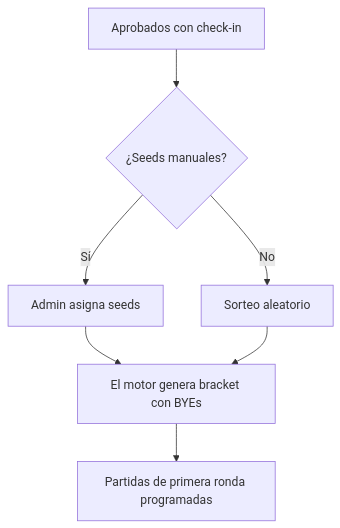
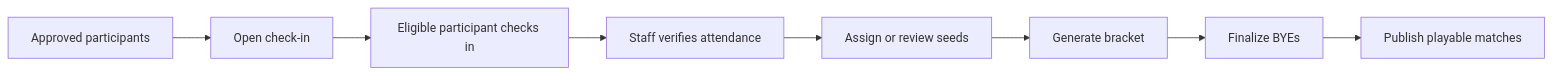
Before and after one commit to Dieguezar/opentournament: the fifth of 8 diagrams in docs/USER_FLOWS.md, drawn with Mermaid. The commit also changed other lines of this file and 10 other files, not shown here.

````diff
--- a/docs/USER_FLOWS.md
+++ b/docs/USER_FLOWS.md
@@ -75,9 +67,10 @@
 ```mermaid
-flowchart TD
-  A[Aprobados con check-in] --> B{¿Seeds manuales?}
-  B -->|Sí| C[Admin asigna seeds]
-  B -->|No| D[Sorteo aleatorio]
-  C --> E[El motor genera bracket con BYEs]
-  D --> E
-  E --> F[Partidas de primera ronda programadas]
+flowchart LR
+  A[Approved participants] --> B[Open check-in]
+  B --> C[Eligible participant checks in]
+  C --> D[Staff verifies attendance]
+  D --> E[Assign or review seeds]
+  E --> F[Generate bracket]
+  F --> G[Finalize BYEs]
+  G --> H[Publish playable matches]
 ```
````
